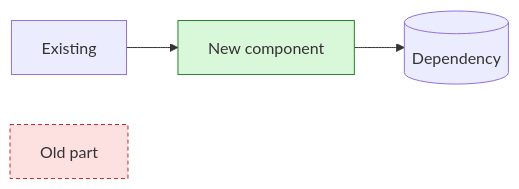
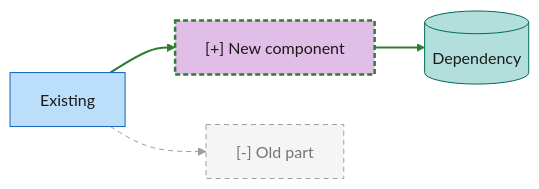
The second of 3 diagrams in docs/templates/LLD.template.md (varunpathania86/nigu-lite), drawn with Mermaid before and after one commit. The commit also changed other lines of this file and 38 other files, not shown here.

````diff
--- a/docs/templates/LLD.template.md
+++ b/docs/templates/LLD.template.md
@@ -36,7 +40,15 @@
 ```mermaid
 flowchart LR
-  A[Existing] --> N[New component]:::new --> B[(Dependency)]
-  X[Old part]:::removed
-  classDef new fill:#d9f7d9,stroke:#2e7d32
-  classDef removed fill:#fde0e0,stroke:#c62828,stroke-dasharray:4 3
+  A[Existing] --> N["[+] New component"] --> B[(Dependency)]
+  A -.-> X["[-] Old part"]:::removed
+  linkStyle 0,1 stroke:#2e7d32,stroke-width:2px
+  linkStyle 2 stroke:#9e9e9e,stroke-dasharray:5 4
+  class A app
+  class N core
+  class B data
+  style N stroke:#2e7d32,stroke-width:2.5px,stroke-dasharray:5 3
+  classDef app fill:#bbdefb,stroke:#1565c0,color:#1a1a1a
+  classDef core fill:#e1bee7,stroke:#6a1b9a,color:#1a1a1a
+  classDef data fill:#b2dfdb,stroke:#00695c,color:#1a1a1a
+  classDef removed fill:#f5f5f5,stroke:#9e9e9e,stroke-dasharray:5 4,color:#757575
 ```
````
